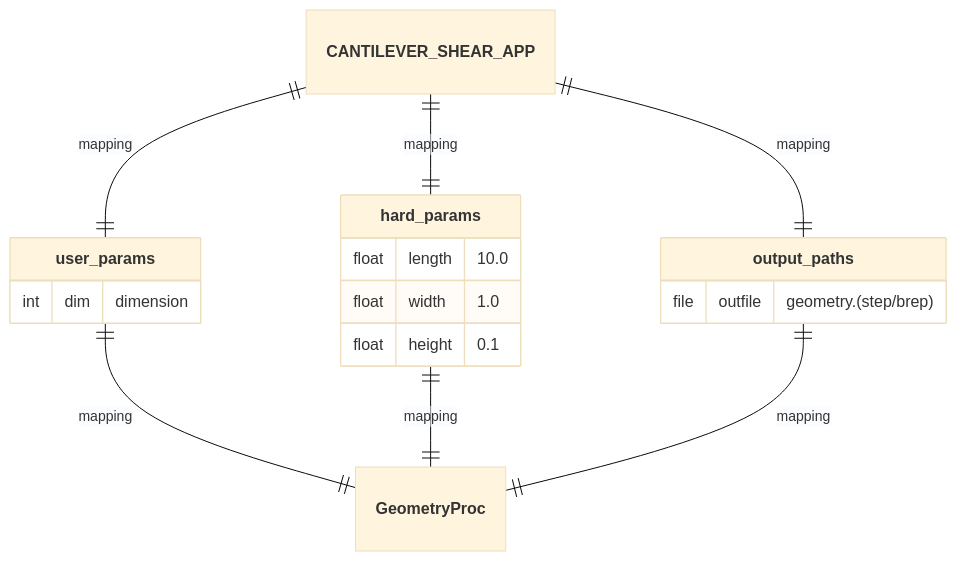
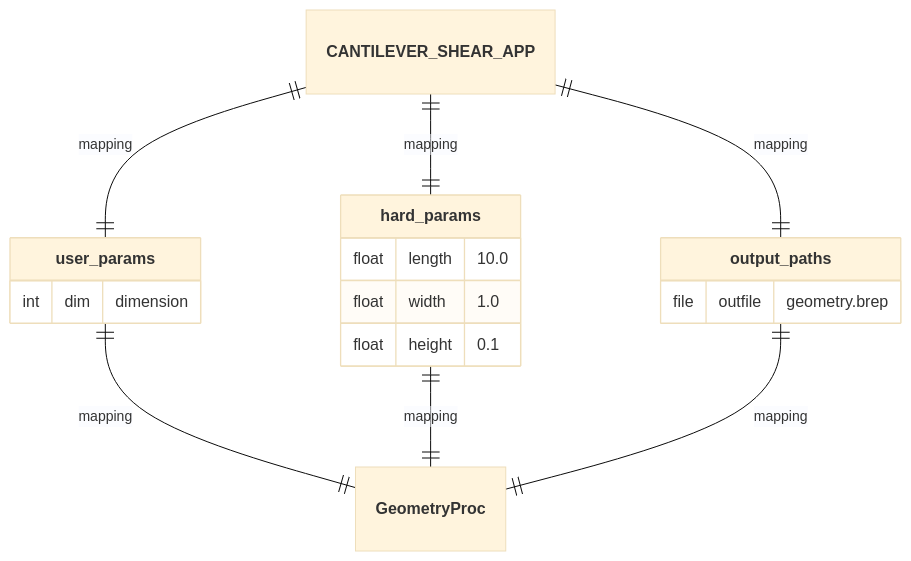
The second of 6 diagrams in src/nuremics_labs/apps/simulation/CANTILEVER_SHEAR_APP/README.md (nuremics/sim-labs), drawn with Mermaid (base theme) before and after one commit. The commit also changed other lines of this file and 4 other files, not shown here.

````diff
--- a/src/nuremics_labs/apps/simulation/CANTILEVER_SHEAR_APP/README.md
+++ b/src/nuremics_labs/apps/simulation/CANTILEVER_SHEAR_APP/README.md
@@ -31,21 +28,21 @@
 ```mermaid
 erDiagram
   **CANTILEVER_SHEAR_APP** ||--|| **user_params** : mapping
   **CANTILEVER_SHEAR_APP** ||--|| **hard_params** : mapping
   **CANTILEVER_SHEAR_APP** ||--|| **output_paths** : mapping
   **user_params** ||--|| **GeometryProc** : mapping
   **hard_params** ||--|| **GeometryProc** : mapping
   **output_paths** ||--|| **GeometryProc** : mapping
 
   **user_params** {
     int dim "dimension"
   }
   **hard_params** {
     float length "10.0"
     float width "1.0"
     float height "0.1"
   }
   **output_paths** {
-    file outfile "geometry.(step/brep)"
+    file outfile "geometry.brep"
   }
 ```
````
